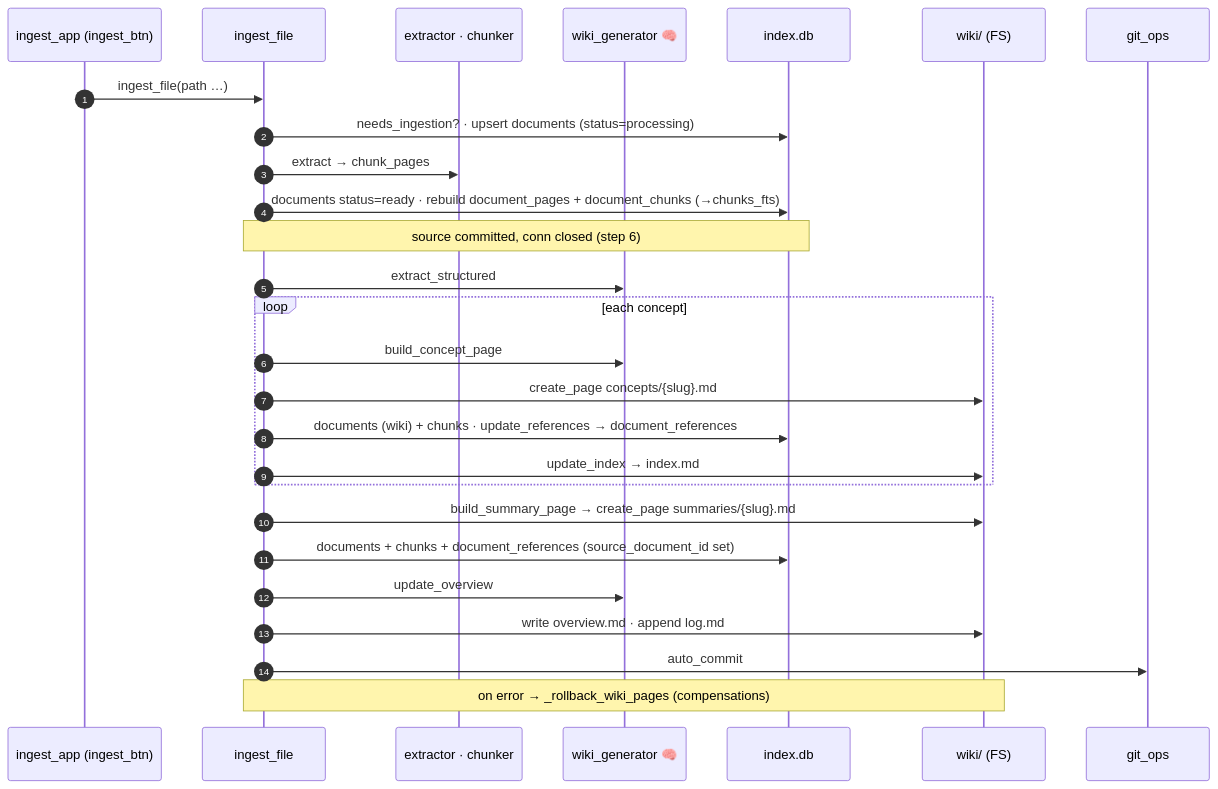
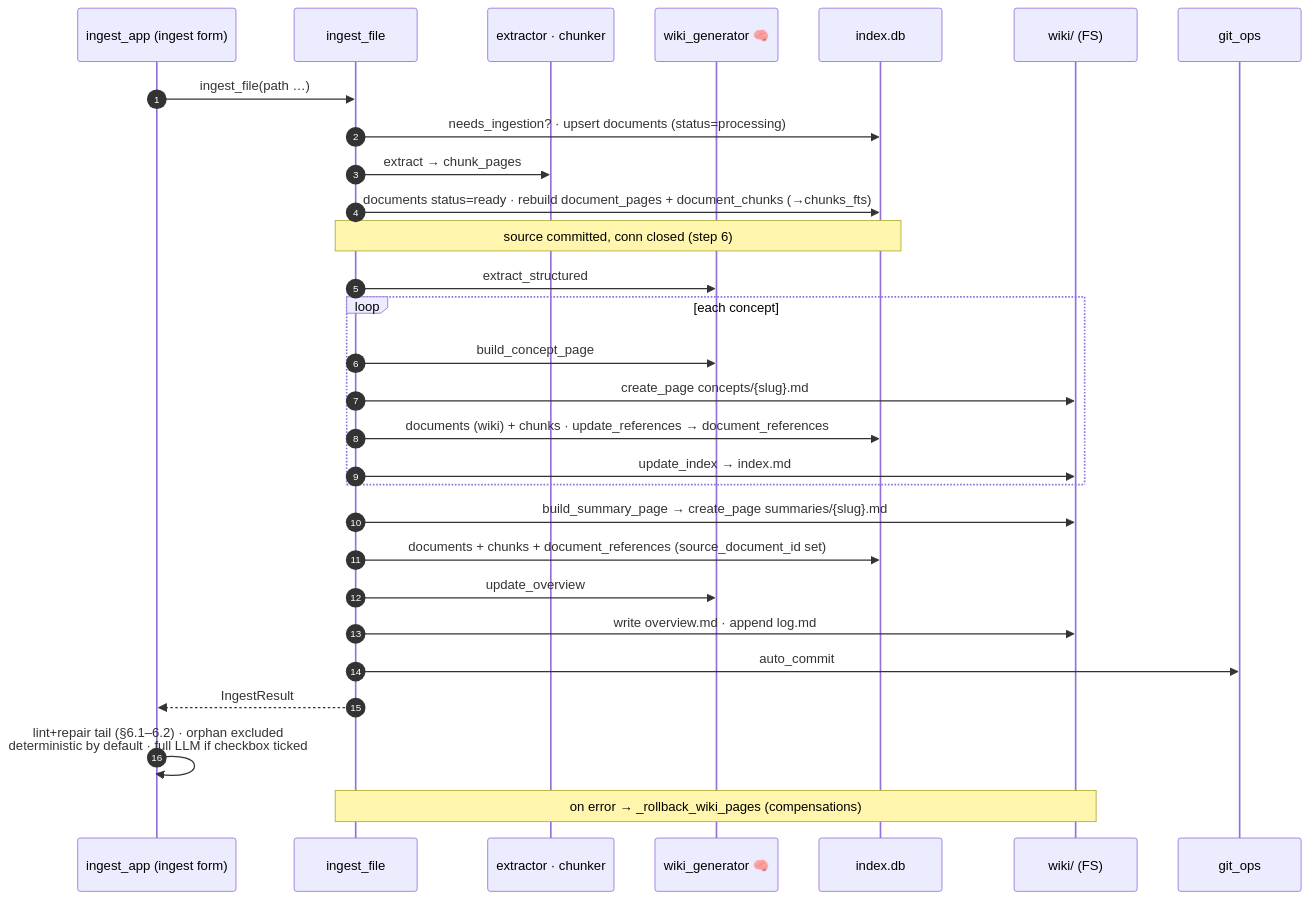
Before and after one commit to Clod/llmwiki-marimo: the third of 10 diagrams in docs/programmer_manual.md, drawn with Mermaid. The commit also changed other lines of this file and 1 other file, not shown here.

First line of the commit message:
feat: ingest form with opt-in full lint+repair after ingest

````diff
--- a/docs/programmer_manual.md
+++ b/docs/programmer_manual.md
@@ -616,29 +618,31 @@
 ```mermaid
 sequenceDiagram
     autonumber
-    participant UI as ingest_app (ingest_btn)
+    participant UI as ingest_app (ingest form)
     participant P as ingest_file
     participant EX as extractor · chunker
     participant GEN as wiki_generator 🧠
     participant DB as index.db
     participant FS as wiki/ (FS)
     participant GIT as git_ops
     UI->>P: ingest_file(path …)
     P->>DB: needs_ingestion? · upsert documents (status=processing)
     P->>EX: extract → chunk_pages
     P->>DB: documents status=ready · rebuild document_pages + document_chunks (→chunks_fts)
     Note over P,DB: source committed, conn closed (step 6)
     P->>GEN: extract_structured
     loop each concept
         P->>GEN: build_concept_page
         P->>FS: create_page concepts/{slug}.md
         P->>DB: documents (wiki) + chunks · update_references → document_references
         P->>FS: update_index → index.md
     end
     P->>FS: build_summary_page → create_page summaries/{slug}.md
     P->>DB: documents + chunks + document_references (source_document_id set)
     P->>GEN: update_overview
     P->>FS: write overview.md · append log.md
     P->>GIT: auto_commit
+    P-->>UI: IngestResult
+    UI->>UI: lint+repair tail (§6.1–6.2) · orphan excluded<br/>deterministic by default · full LLM if checkbox ticked
     Note over P,FS: on error → _rollback_wiki_pages (compensations)
 ```
````
